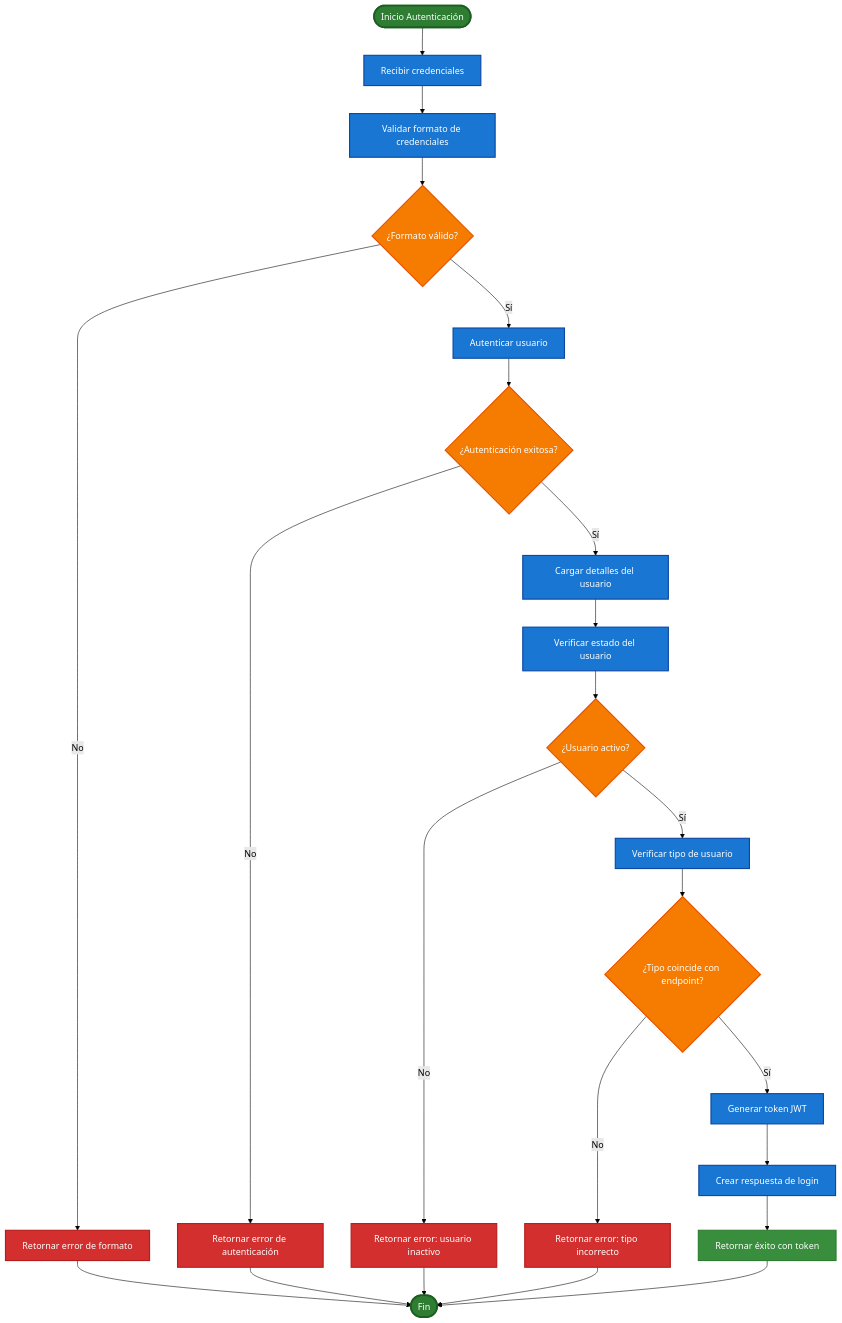
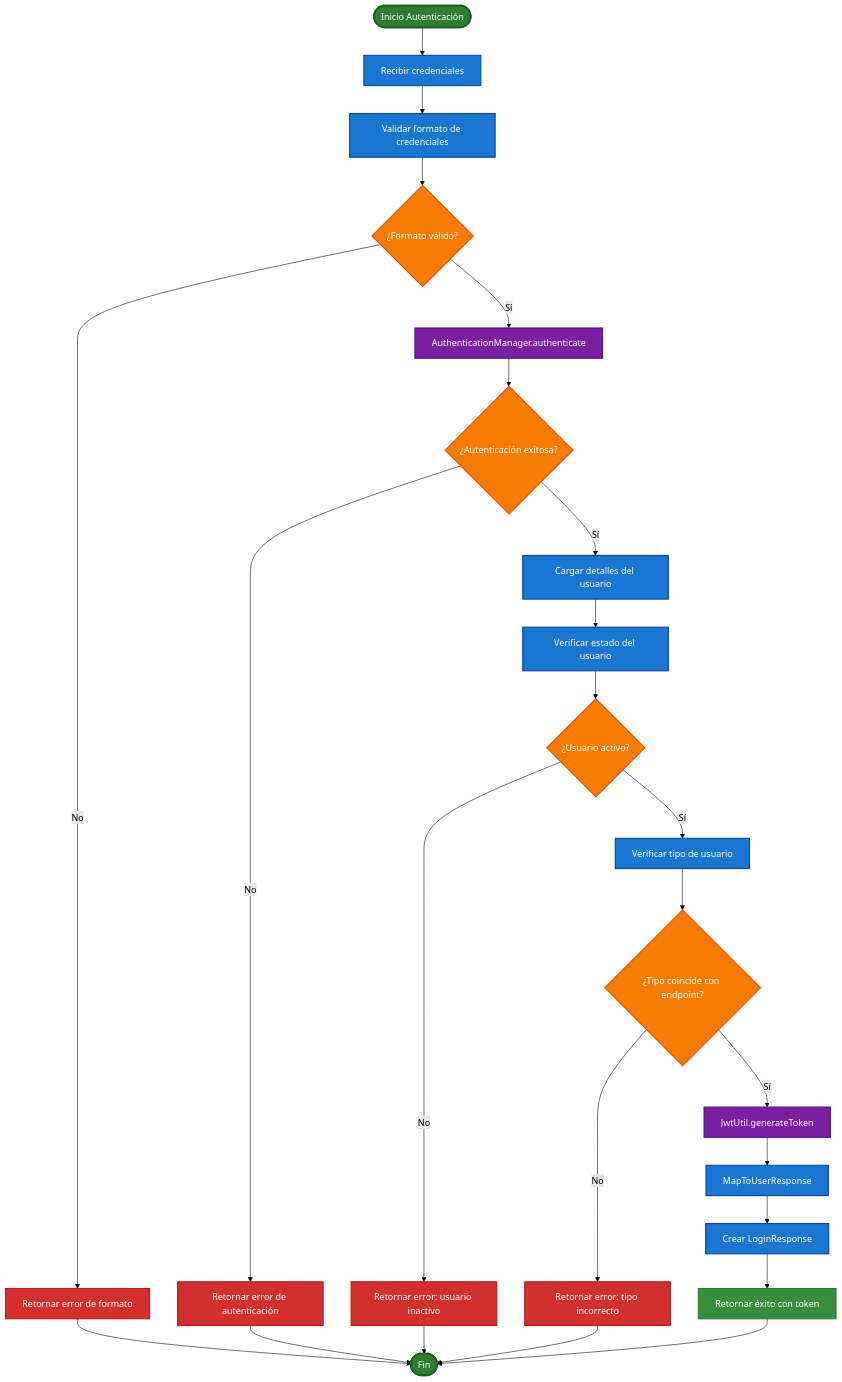
One commit to AlexisFDavis/TryRepo changed the second of 6 diagrams in BPMN.md. Above: the diagram before and after it, drawn with Mermaid (forest theme). The commit also changed other lines of this file, not shown here.

````diff
--- a/BPMN.md
+++ b/BPMN.md
@@ -107,38 +126,41 @@
 ```mermaid
 flowchart TD
     StartAuth([Inicio Autenticación]) --> ReceiveCredentials[Recibir credenciales]
     ReceiveCredentials --> ValidateFormat[Validar formato de credenciales]
     ValidateFormat --> FormatOK{¿Formato válido?}
     FormatOK -->|No| ReturnFormatError[Retornar error de formato]
-    FormatOK -->|Sí| AuthenticateUser[Autenticar usuario]
-    AuthenticateUser --> AuthSuccess{¿Autenticación exitosa?}
+    FormatOK -->|Sí| AuthManager[AuthenticationManager.authenticate]
+    AuthManager --> AuthSuccess{¿Autenticación exitosa?}
     AuthSuccess -->|No| ReturnAuthError[Retornar error de autenticación]
     AuthSuccess -->|Sí| LoadUserDetails[Cargar detalles del usuario]
     LoadUserDetails --> CheckUserStatus[Verificar estado del usuario]
     CheckUserStatus --> UserActive{¿Usuario activo?}
     UserActive -->|No| ReturnInactiveError[Retornar error: usuario inactivo]
     UserActive -->|Sí| CheckUserType[Verificar tipo de usuario]
     CheckUserType --> TypeMatch{¿Tipo coincide con endpoint?}
     TypeMatch -->|No| ReturnTypeError[Retornar error: tipo incorrecto]
-    TypeMatch -->|Sí| GenerateJWT[Generar token JWT]
-    GenerateJWT --> CreateResponse[Crear respuesta de login]
+    TypeMatch -->|Sí| GenerateJWT[JwtUtil.generateToken]
+    GenerateJWT --> MapUserResponse[MapToUserResponse]
+    MapUserResponse --> CreateResponse[Crear LoginResponse]
     CreateResponse --> ReturnSuccess[Retornar éxito con token]
     
     ReturnFormatError --> EndAuth([Fin])
     ReturnAuthError --> EndAuth
     ReturnInactiveError --> EndAuth
     ReturnTypeError --> EndAuth
     ReturnSuccess --> EndAuth
     
     classDef startEnd fill:#2E7D32,stroke:#1B5E20,stroke-width:3px,color:#FFFFFF
     classDef process fill:#1976D2,stroke:#0D47A1,stroke-width:2px,color:#FFFFFF
     classDef decision fill:#F57C00,stroke:#E65100,stroke-width:2px,color:#FFFFFF
     classDef error fill:#D32F2F,stroke:#B71C1C,stroke-width:2px,color:#FFFFFF
     classDef success fill:#388E3C,stroke:#2E7D32,stroke-width:2px,color:#FFFFFF
+    classDef security fill:#7B1FA2,stroke:#4A148C,stroke-width:2px,color:#FFFFFF
     
     class StartAuth,EndAuth startEnd
-    class ReceiveCredentials,ValidateFormat,AuthenticateUser,LoadUserDetails,CheckUserStatus,CheckUserType,GenerateJWT,CreateResponse process
+    class ReceiveCredentials,ValidateFormat,LoadUserDetails,CheckUserStatus,CheckUserType,MapUserResponse,CreateResponse process
     class FormatOK,AuthSuccess,UserActive,TypeMatch decision
     class ReturnFormatError,ReturnAuthError,ReturnInactiveError,ReturnTypeError error
     class ReturnSuccess success
+    class AuthManager,GenerateJWT security
 ```
````
